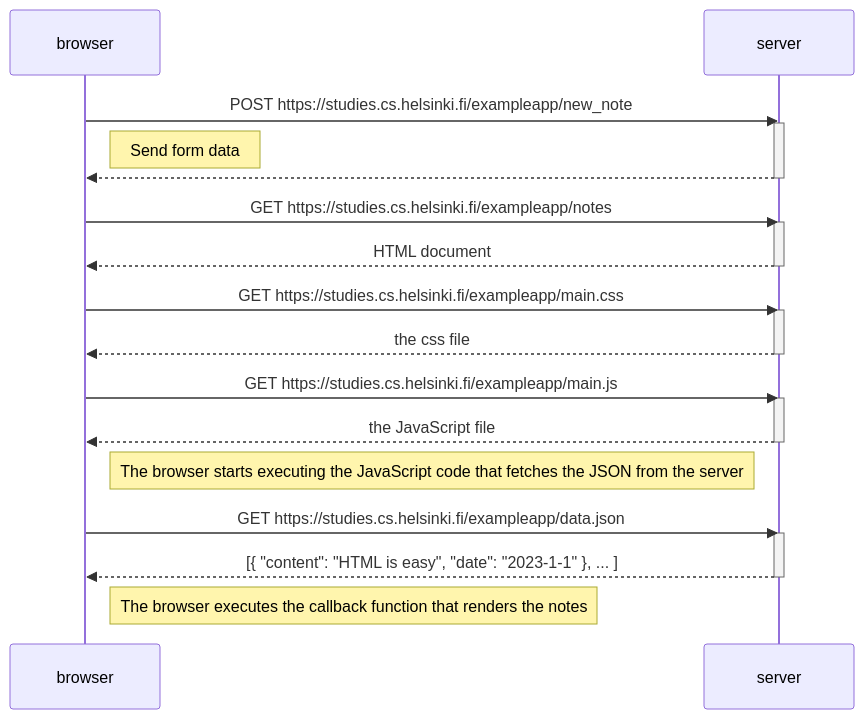
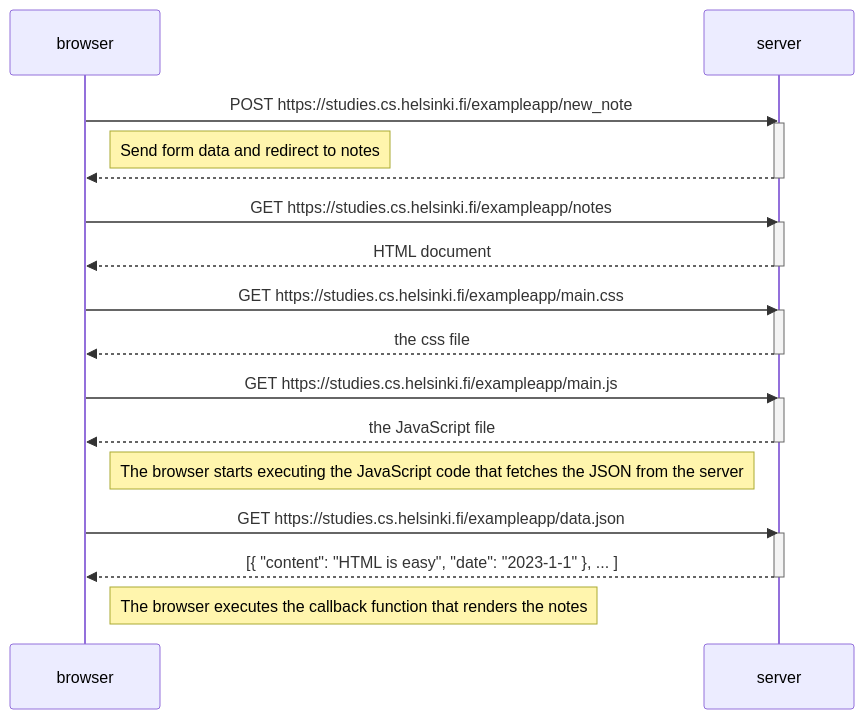
One commit to jennifer-manriquez/FullStackOpen changed the diagram in Part 0/NewNoteDiagram.md. Above: the diagram before and after it, drawn with Mermaid.

Commit message:
Update Fix note text

````diff
--- a/Part 0/NewNoteDiagram.md
+++ b/Part 0/NewNoteDiagram.md
@@ -1,36 +1,36 @@
 ```mermaid
 sequenceDiagram
     participant browser
     participant server
 
     browser->>server: POST https://studies.cs.helsinki.fi/exampleapp/new_note
     activate server
-    Note right of browser: Send form data
+    Note right of browser: Send form data and redirect to notes
     server-->>browser: 
     deactivate server
 
 
     browser->>server: GET https://studies.cs.helsinki.fi/exampleapp/notes
     activate server
     server-->>browser: HTML document
     deactivate server
 
     browser->>server: GET https://studies.cs.helsinki.fi/exampleapp/main.css
     activate server
     server-->>browser: the css file
     deactivate server
 
     browser->>server: GET https://studies.cs.helsinki.fi/exampleapp/main.js
     activate server
     server-->>browser: the JavaScript file
     deactivate server
 
     Note right of browser: The browser starts executing the JavaScript code that fetches the JSON from the server
 
     browser->>server: GET https://studies.cs.helsinki.fi/exampleapp/data.json
     activate server
     server-->>browser: [{ "content": "HTML is easy", "date": "2023-1-1" }, ... ]
     deactivate server
 
     Note right of browser: The browser executes the callback function that renders the notes
 ```
````
